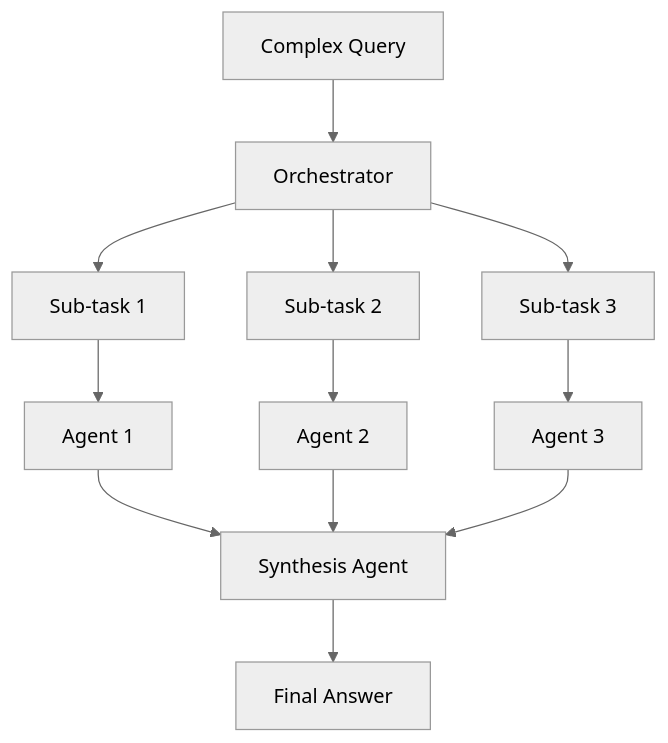
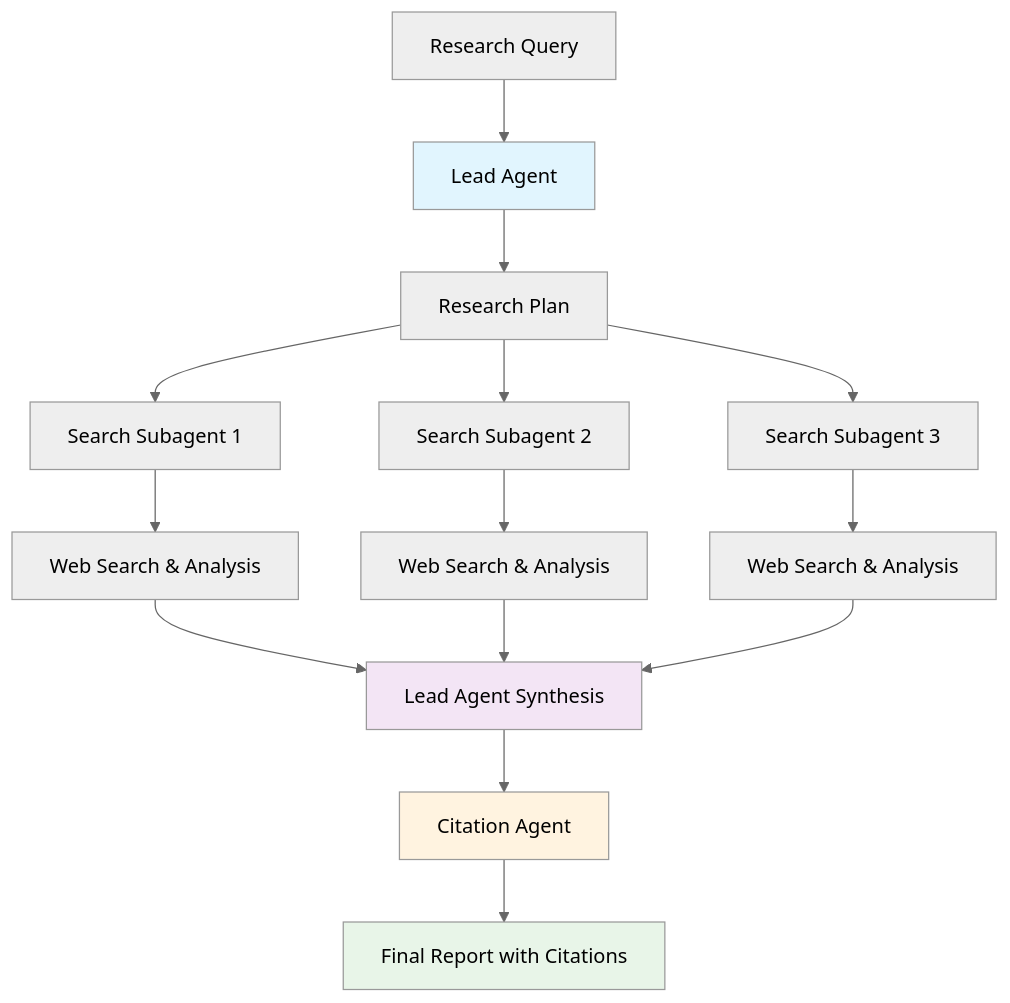
The diagram in README.md (Uzair-akrum/Parallel-Agents-Heavy), drawn with Mermaid (neutral theme) before and after one commit. The commit also changed other lines of this file, not shown here.

````diff
--- a/README.md
+++ b/README.md
@@ -127,14 +195,21 @@
 ```mermaid
 graph TD
-    A[Complex Query] --> B[Orchestrator]
-    B --> C[Sub-task 1]
-    B --> D[Sub-task 2] 
-    B --> E[Sub-task 3]
-    C --> F[Agent 1]
-    D --> G[Agent 2]
-    E --> H[Agent 3]
-    F --> I[Synthesis Agent]
-    G --> I
-    H --> I
-    I --> J[Final Answer]
+    A[Research Query] --> B[Lead Agent]
+    B --> C[Research Plan]
+    C --> D[Search Subagent 1]
+    C --> E[Search Subagent 2]
+    C --> F[Search Subagent 3]
+    D --> G[Web Search & Analysis]
+    E --> H[Web Search & Analysis]
+    F --> I[Web Search & Analysis]
+    G --> J[Lead Agent Synthesis]
+    H --> J
+    I --> J
+    J --> K[Citation Agent]
+    K --> L[Final Report with Citations]
+    
+    style B fill:#e1f5fe
+    style J fill:#f3e5f5
+    style K fill:#fff3e0
+    style L fill:#e8f5e8
 ```
````
